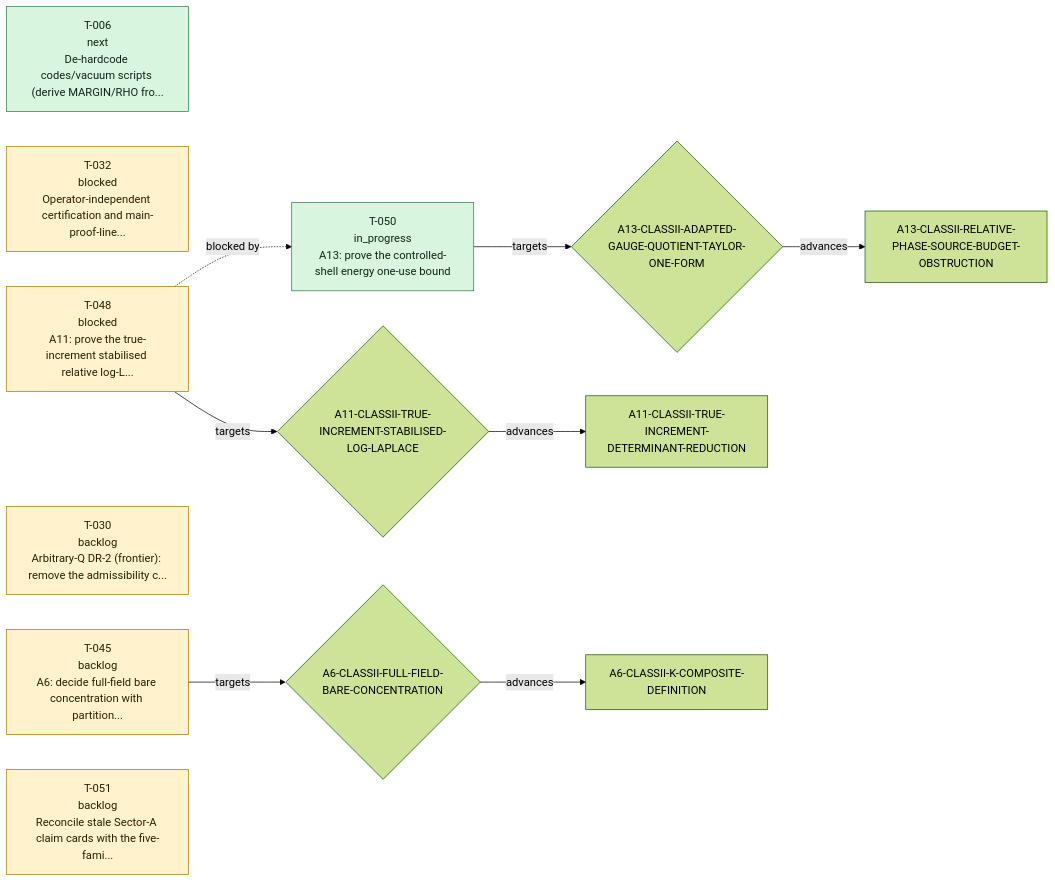
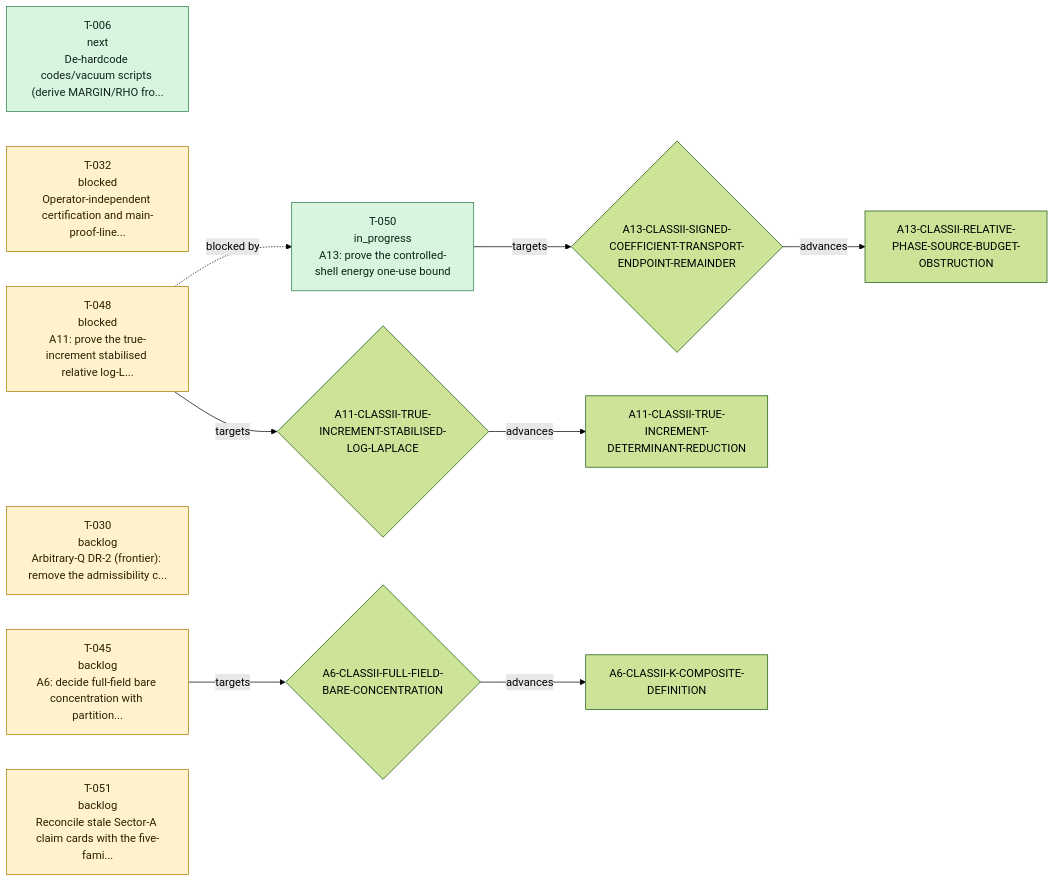
Before and after one commit to TECT-OpenPhysics/TECT-Preview: the second of 2 diagrams in theory/proof-evidence-map.md, drawn with Mermaid (forest theme). The commit also changed other lines of this file and 34 other files, not shown here.

````diff
--- a/theory/proof-evidence-map.md
+++ b/theory/proof-evidence-map.md
@@ -63,27 +63,27 @@
 ```mermaid
 flowchart LR
   N_T_050["T-050<br/>in_progress<br/>A13: prove the controlled-shell energy one-use bound"]
-  N_A13_CLASSII_ADAPTED_GAUGE_QUOTIENT_TAYLOR_ONE_FORM{"A13-CLASSII-ADAPTED-GAUGE-QUOTIENT-TAYLOR-ONE-FORM"}
-  N_T_050 -->|targets| N_A13_CLASSII_ADAPTED_GAUGE_QUOTIENT_TAYLOR_ONE_FORM
+  N_A13_CLASSII_SIGNED_COEFFICIENT_TRANSPORT_ENDPOINT_REMAINDER{"A13-CLASSII-SIGNED-COEFFICIENT-TRANSPORT-ENDPOINT-REMAINDER"}
+  N_T_050 -->|targets| N_A13_CLASSII_SIGNED_COEFFICIENT_TRANSPORT_ENDPOINT_REMAINDER
   N_A13_CLASSII_RELATIVE_PHASE_SOURCE_BUDGET_OBSTRUCTION["A13-CLASSII-RELATIVE-PHASE-SOURCE-BUDGET-OBSTRUCTION"]
-  N_A13_CLASSII_ADAPTED_GAUGE_QUOTIENT_TAYLOR_ONE_FORM -->|advances| N_A13_CLASSII_RELATIVE_PHASE_SOURCE_BUDGET_OBSTRUCTION
+  N_A13_CLASSII_SIGNED_COEFFICIENT_TRANSPORT_ENDPOINT_REMAINDER -->|advances| N_A13_CLASSII_RELATIVE_PHASE_SOURCE_BUDGET_OBSTRUCTION
   N_T_006["T-006<br/>next<br/>De-hardcode codes/vacuum scripts (derive MARGIN/RHO fro..."]
   N_T_032["T-032<br/>blocked<br/>Operator-independent certification and main-proof-line..."]
   N_T_048["T-048<br/>blocked<br/>A11: prove the true-increment stabilised relative log-L..."]
   N_A11_CLASSII_TRUE_INCREMENT_STABILISED_LOG_LAPLACE{"A11-CLASSII-TRUE-INCREMENT-STABILISED-LOG-LAPLACE"}
   N_T_048 -->|targets| N_A11_CLASSII_TRUE_INCREMENT_STABILISED_LOG_LAPLACE
   N_A11_CLASSII_TRUE_INCREMENT_DETERMINANT_REDUCTION["A11-CLASSII-TRUE-INCREMENT-DETERMINANT-REDUCTION"]
   N_A11_CLASSII_TRUE_INCREMENT_STABILISED_LOG_LAPLACE -->|advances| N_A11_CLASSII_TRUE_INCREMENT_DETERMINANT_REDUCTION
   N_T_048 -. "blocked by" .-> N_T_050
   N_T_030["T-030<br/>backlog<br/>Arbitrary-Q DR-2 (frontier): remove the admissibility c..."]
   N_T_045["T-045<br/>backlog<br/>A6: decide full-field bare concentration with partition..."]
   N_A6_CLASSII_FULL_FIELD_BARE_CONCENTRATION{"A6-CLASSII-FULL-FIELD-BARE-CONCENTRATION"}
   N_T_045 -->|targets| N_A6_CLASSII_FULL_FIELD_BARE_CONCENTRATION
   N_A6_CLASSII_K_COMPOSITE_DEFINITION["A6-CLASSII-K-COMPOSITE-DEFINITION"]
   N_A6_CLASSII_FULL_FIELD_BARE_CONCENTRATION -->|advances| N_A6_CLASSII_K_COMPOSITE_DEFINITION
   N_T_051["T-051<br/>backlog<br/>Reconcile stale Sector-A claim cards with the five-fami..."]
   classDef active fill:#d7f5df,stroke:#257942,color:#102418
   classDef waiting fill:#fff2cc,stroke:#a87900,color:#2a2100
   class N_T_050,N_T_006 active
   class N_T_032,N_T_048,N_T_030,N_T_045,N_T_051 waiting
 ```
````
